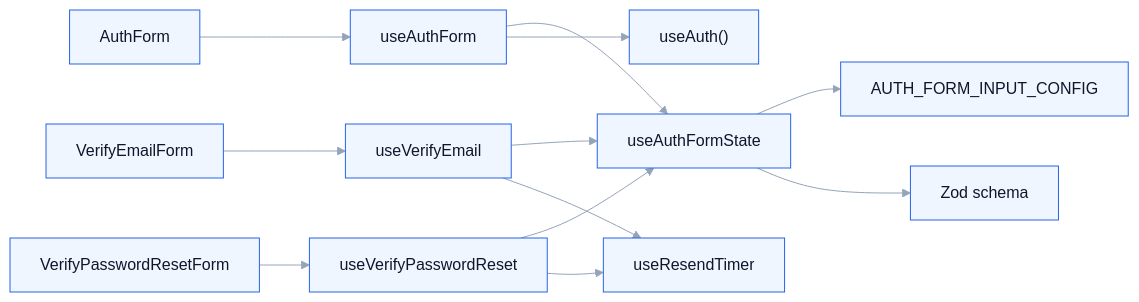
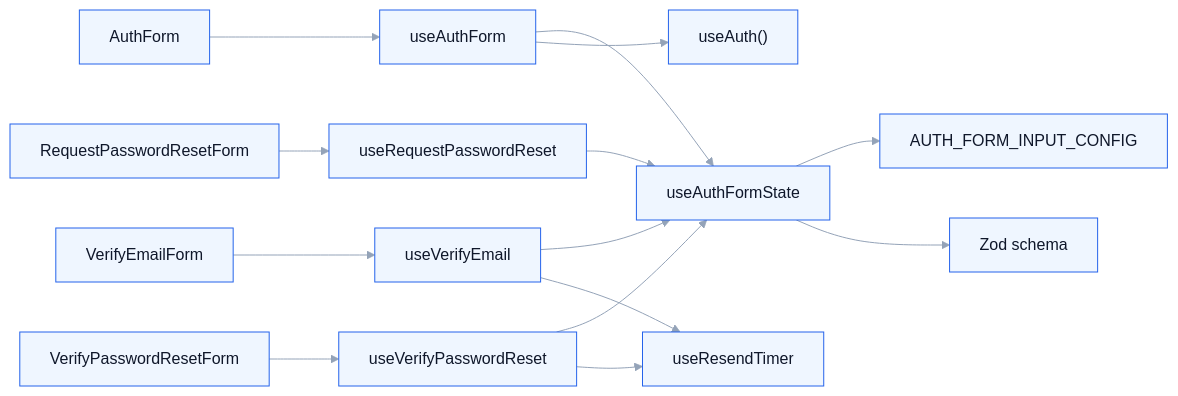
Before and after one commit to donnyjb06/easybuy-documentation: the diagram in docs/hooks.mdx, drawn with Mermaid. The commit also changed other lines of this file and 96 other files, not shown here.

````diff
--- a/docs/hooks.mdx
+++ b/docs/hooks.mdx
@@ -17,15 +19,17 @@
 ```mermaid
 %%{init: {'theme': 'base', 'themeVariables': { 'fontFamily': 'Inter, sans-serif', 'primaryColor': '#eff6ff', 'primaryTextColor': '#0f172a', 'primaryBorderColor': '#2563eb', 'secondaryColor': '#f8fafc', 'tertiaryColor': '#ffffff', 'lineColor': '#94a3b8' }}}%%
 flowchart LR
   A["AuthForm"] --> B["useAuthForm"]
   B --> C["useAuthFormState"]
   C --> D["AUTH_FORM_INPUT_CONFIG"]
   C --> E["Zod schema"]
   B --> F["useAuth()"]
   G["VerifyEmailForm"] --> H["useVerifyEmail"]
   H --> C
   H --> I["useResendTimer"]
-  J["VerifyPasswordResetForm"] --> K["useVerifyPasswordReset"]
+  J["RequestPasswordResetForm"] --> K["useRequestPasswordReset"]
   K --> C
-  K --> I
+  L["VerifyPasswordResetForm"] --> M["useVerifyPasswordReset"]
+  M --> C
+  M --> I
 ```
````
